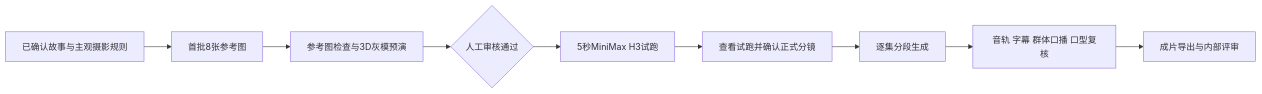
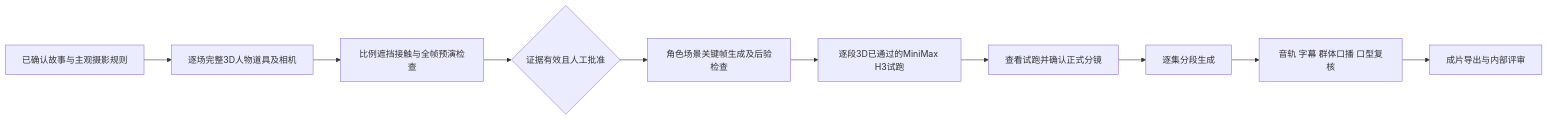
One commit to elizzzzzz/AI-Canvas-Artwork changed the diagram in production/README.md. Above: the diagram before and after it, drawn with Mermaid. The commit also changed other lines of this file and 17 other files, not shown here.

````diff
--- a/production/README.md
+++ b/production/README.md
@@ -20,11 +22,12 @@
 ```mermaid
 flowchart LR
-    A[已确认故事与主观摄影规则] --> B[首批8张参考图]
-    B --> C[参考图检查与3D灰模预演]
-    C --> D{人工审核通过}
-    D --> E[5秒MiniMax H3试跑]
+    A[已确认故事与主观摄影规则] --> B[逐场完整3D人物道具及相机]
+    B --> C[比例遮挡接触与全帧预演检查]
+    C --> D{证据有效且人工批准}
+    D --> J[角色场景关键帧生成及后验检查]
+    J --> E[逐段3D已通过的MiniMax H3试跑]
     E --> F[查看试跑并确认正式分镜]
     F --> G[逐集分段生成]
     G --> H[音轨 字幕 群体口播 口型复核]
     H --> I[成片导出与内部评审]
 ```
````
